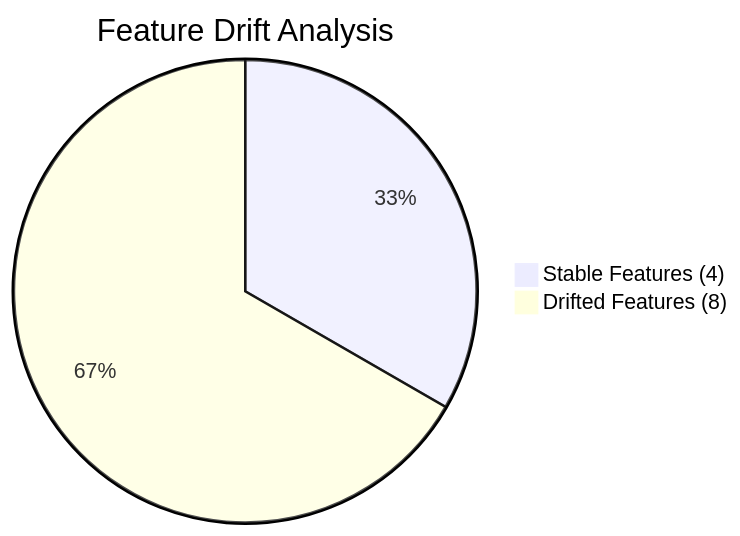
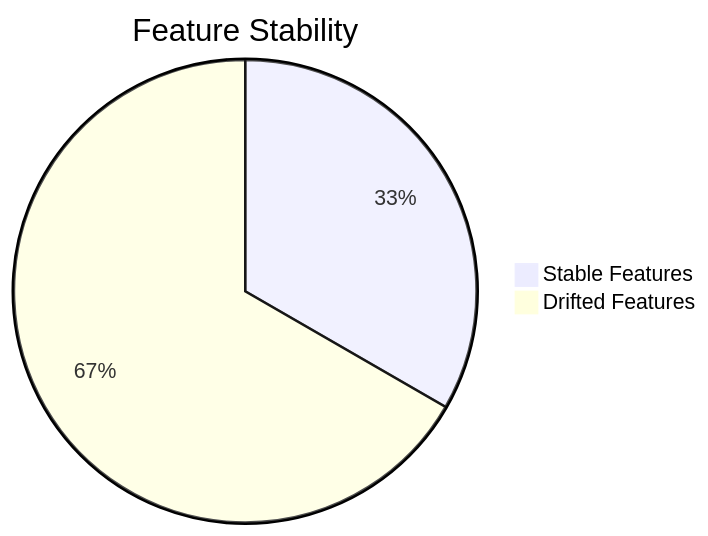
The eighth of 11 diagrams in Match_Prediction_Intelligence.md (sai-ganesh-4539/StatVault), drawn with Mermaid before and after one commit. The commit also changed other lines of this file, not shown here.

````diff
--- a/Match_Prediction_Intelligence.md
+++ b/Match_Prediction_Intelligence.md
@@ -249,6 +335,6 @@
 ```mermaid
-pie title Feature Drift Analysis
+pie title Feature Stability
 
-"Stable Features (4)" : 4
-"Drifted Features (8)" : 8
+"Stable Features" : 4
+"Drifted Features" : 8
 ```
````
